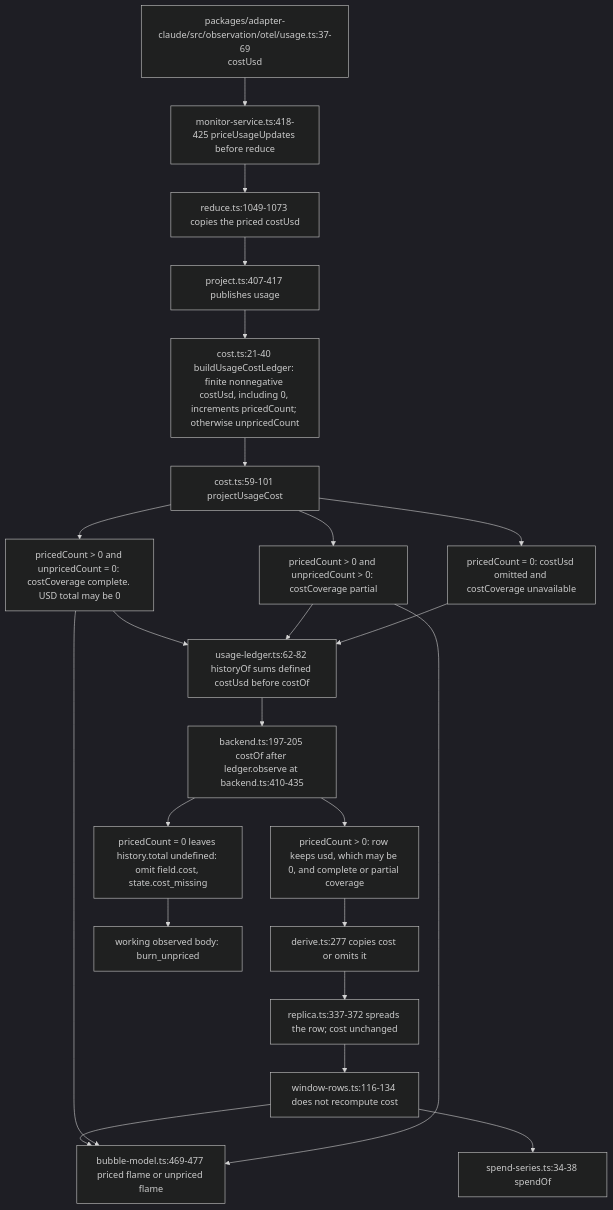
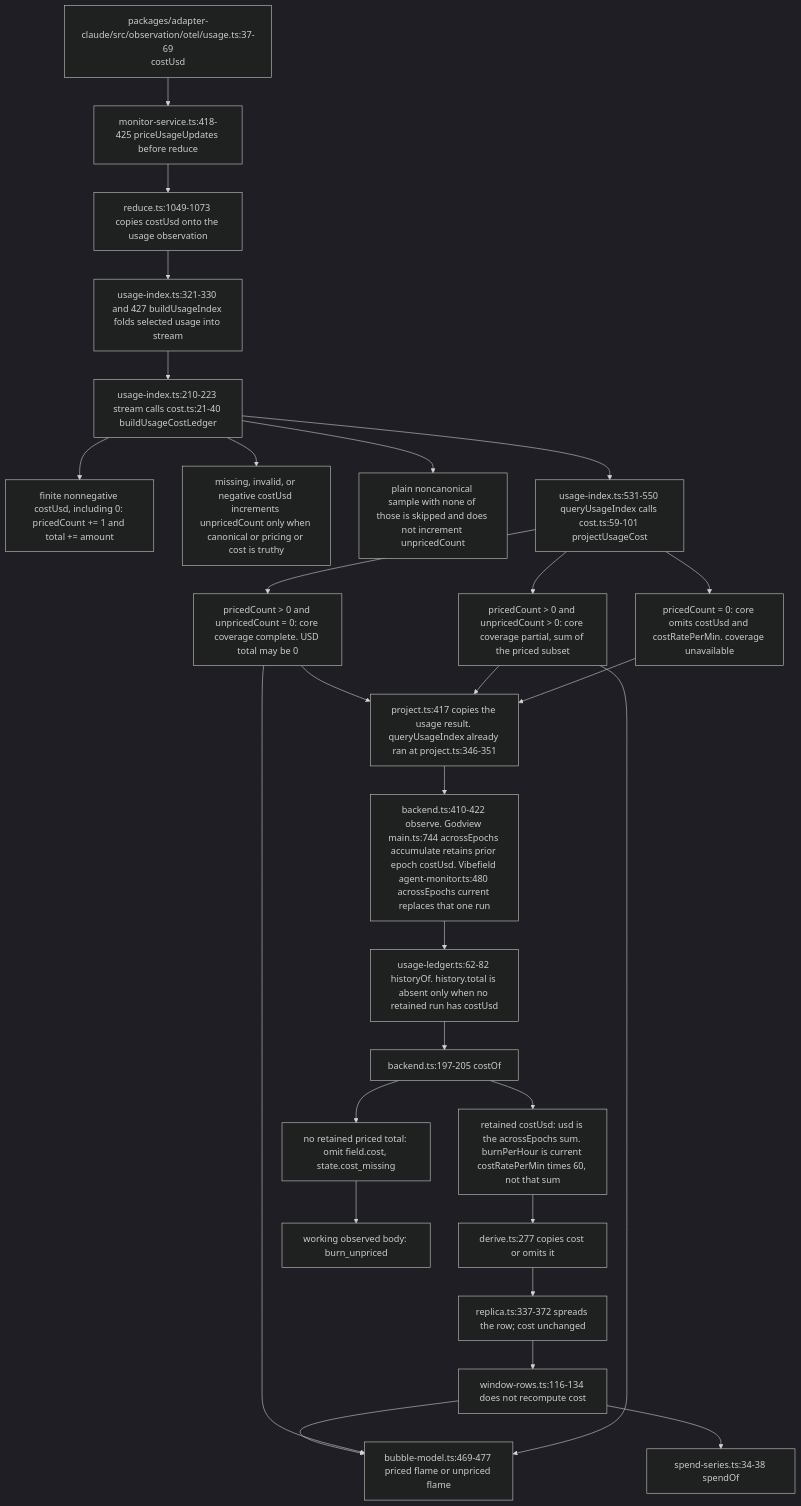
The diagram in audit/godview/plan/graphs/cost-priced.mmd (vibefield/vibefield), drawn with Mermaid (dark theme) before and after one commit. The commit also changed 43 other files, not shown here.

First line of the commit message:
GV-AUDIT6: take 68dde825 and hold second-half cost flows pending

```diff
--- a/audit/godview/plan/graphs/cost-priced.mmd
+++ b/audit/godview/plan/graphs/cost-priced.mmd
@@ -1,27 +1,32 @@
 %% field: field.cost.usd
 %% adapter: claude
 %% forensic: source-read; liveObserved false
 flowchart TD
   signal["packages/adapter-claude/src/observation/otel/usage.ts:37-69\ncostUsd"]
   signal --> price["monitor-service.ts:418-425 priceUsageUpdates before reduce"]
-  price --> reduce["reduce.ts:1049-1073 copies the priced costUsd"]
-  reduce --> project["project.ts:407-417 publishes usage"]
-  project --> counts["cost.ts:21-40 buildUsageCostLedger: finite nonnegative costUsd, including 0, increments pricedCount; otherwise unpricedCount"]
-  counts --> decide["cost.ts:59-101 projectUsageCost"]
-  decide --> complete["pricedCount > 0 and unpricedCount = 0: costCoverage complete. USD total may be 0"]
-  decide --> partial["pricedCount > 0 and unpricedCount > 0: costCoverage partial"]
-  decide --> none["pricedCount = 0: costUsd omitted and costCoverage unavailable"]
-  complete --> agg["usage-ledger.ts:62-82 historyOf sums defined costUsd before costOf"]
-  partial --> agg
-  none --> agg
-  agg --> costOf["backend.ts:197-205 costOf after ledger.observe at backend.ts:410-435"]
-  costOf --> missing["pricedCount = 0 leaves history.total undefined: omit field.cost, state.cost_missing"]
-  costOf --> kept["pricedCount > 0: row keeps usd, which may be 0, and complete or partial coverage"]
+  price --> reduce["reduce.ts:1049-1073 copies costUsd onto the usage observation"]
+  reduce --> index["usage-index.ts:321-330 and 427 buildUsageIndex folds selected usage into stream"]
+  index --> counts["usage-index.ts:210-223 stream calls cost.ts:21-40 buildUsageCostLedger"]
+  counts --> pricedObs["finite nonnegative costUsd, including 0: pricedCount += 1 and total += amount"]
+  counts --> guarded["missing, invalid, or negative costUsd increments unpricedCount only when canonical or pricing or cost is truthy"]
+  counts --> skipped["plain noncanonical sample with none of those is skipped and does not increment unpricedCount"]
+  counts --> decide["usage-index.ts:531-550 queryUsageIndex calls cost.ts:59-101 projectUsageCost"]
+  decide --> complete["pricedCount > 0 and unpricedCount = 0: core coverage complete. USD total may be 0"]
+  decide --> partialCore["pricedCount > 0 and unpricedCount > 0: core coverage partial, sum of the priced subset"]
+  decide --> coreNone["pricedCount = 0: core omits costUsd and costRatePerMin. coverage unavailable"]
+  complete --> project["project.ts:417 copies the usage result. queryUsageIndex already ran at project.ts:346-351"]
+  partialCore --> project
+  coreNone --> project
+  project --> epochs["backend.ts:410-422 observe. Godview main.ts:744 acrossEpochs accumulate retains prior epoch costUsd. Vibefield agent-monitor.ts:480 acrossEpochs current replaces that one run"]
+  epochs --> agg["usage-ledger.ts:62-82 historyOf. history.total is absent only when no retained run has costUsd"]
+  agg --> costOf["backend.ts:197-205 costOf"]
+  costOf --> missing["no retained priced total: omit field.cost, state.cost_missing"]
+  costOf --> kept["retained costUsd: usd is the acrossEpochs sum. burnPerHour is current costRatePerMin times 60, not that sum"]
   kept --> derive["derive.ts:277 copies cost or omits it"]
   derive --> replica["replica.ts:337-372 spreads the row; cost unchanged"]
   replica --> window["window-rows.ts:116-134 does not recompute cost"]
   window --> swarm["bubble-model.ts:469-477 priced flame or unpriced flame"]
   window --> spend["spend-series.ts:34-38 spendOf"]
   complete --> swarm
-  partial --> swarm
+  partialCore --> swarm
   missing --> unpricedFlame["working observed body: burn_unpriced"]
```
